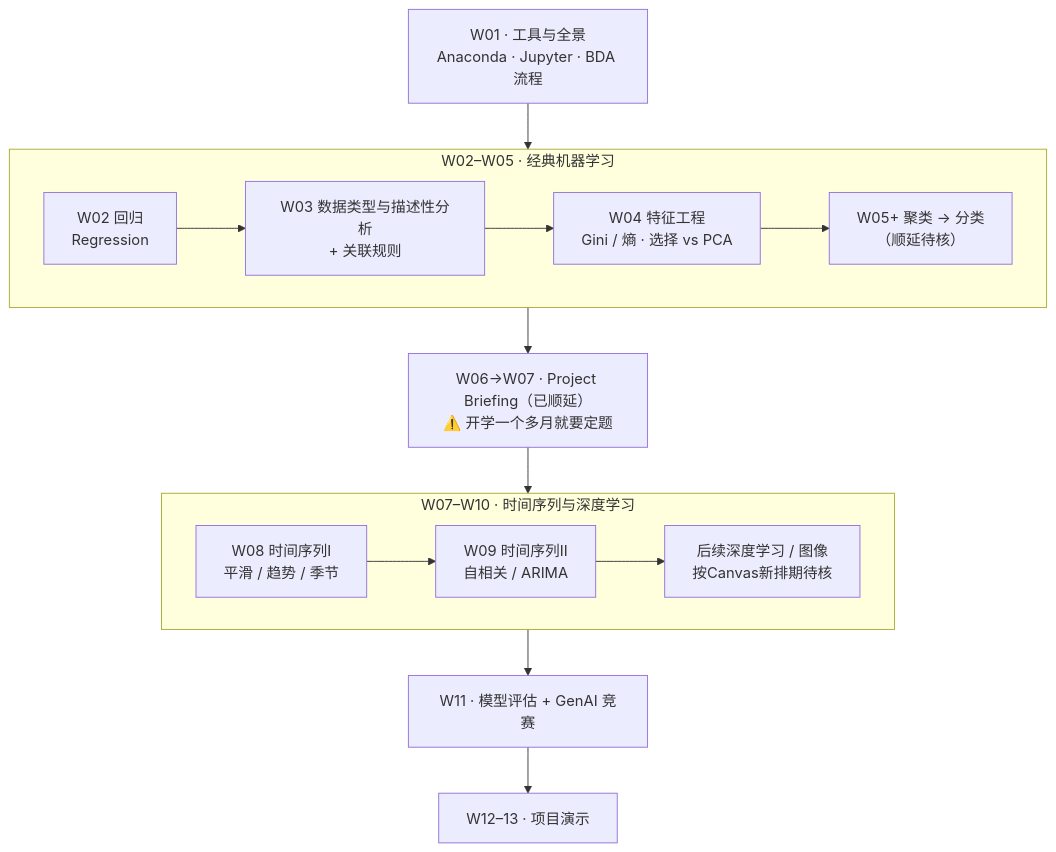
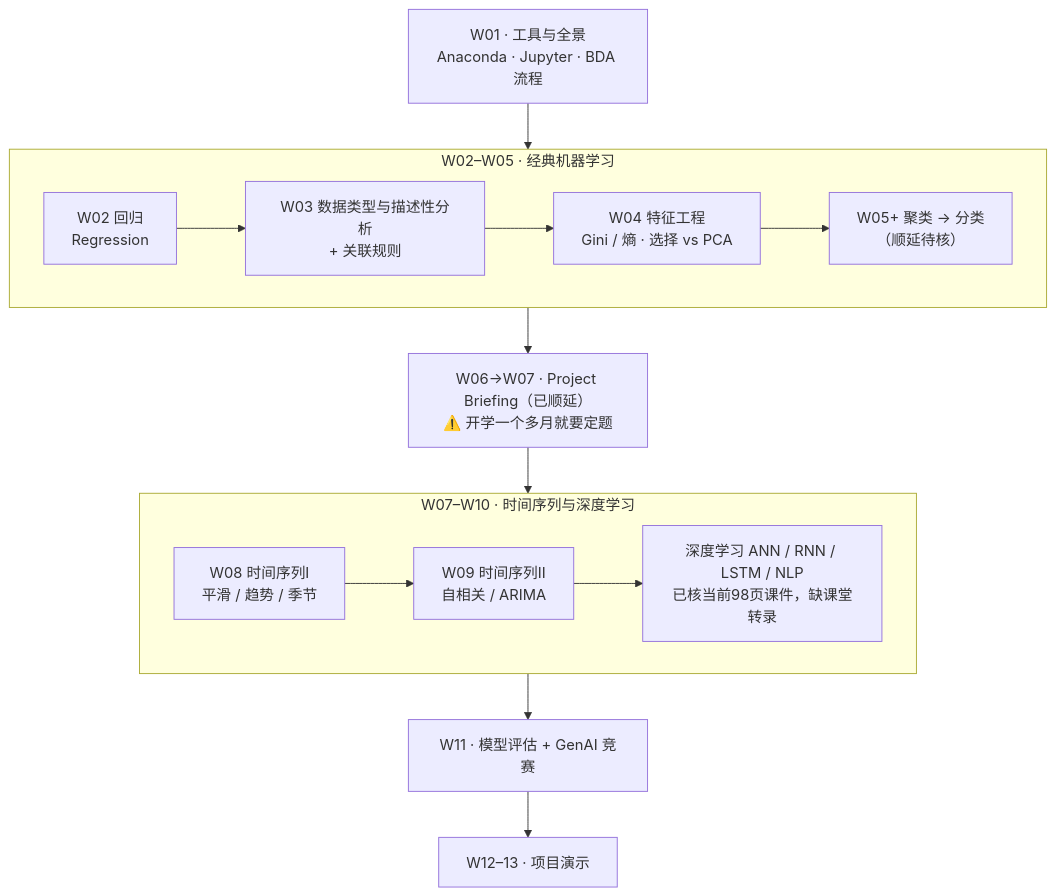
Before and after one commit to CercaTrovato/cityu-ai-course-notes: the second of 3 diagrams in IS6400_Business_Data_Analytics/00-课程总览.md, drawn with Mermaid. The commit also changed other lines of this file and 269 other files, not shown here.

````diff
--- a/IS6400_Business_Data_Analytics/00-课程总览.md
+++ b/IS6400_Business_Data_Analytics/00-课程总览.md
@@ -96,16 +98,16 @@
 ```mermaid
 flowchart TD
     W1["W01 · 工具与全景<br/>Anaconda · Jupyter · BDA 流程"] --> A
     subgraph A["W02–W05 · 经典机器学习"]
         direction LR
         A1["W02 回归<br/>Regression"] --> A2["W03 数据类型与描述性分析<br/>+ 关联规则"] --> A3["W04 特征工程<br/>Gini / 熵 · 选择 vs PCA"] --> A4["W05+ 聚类 → 分类<br/>（顺延待核）"]
     end
     A --> W6["W06→W07 · Project Briefing（已顺延）<br/>⚠️ 开学一个多月就要定题"]
     W6 --> B
     subgraph B["W07–W10 · 时间序列与深度学习"]
         direction LR
-        B1["W08 时间序列I<br/>平滑 / 趋势 / 季节"] --> B2["W09 时间序列II<br/>自相关 / ARIMA"] --> B3["后续深度学习 / 图像<br/>按Canvas新排期待核"]
+        B1["W08 时间序列I<br/>平滑 / 趋势 / 季节"] --> B2["W09 时间序列II<br/>自相关 / ARIMA"] --> B3["深度学习 ANN / RNN / LSTM / NLP<br/>已核当前98页课件，缺课堂转录"]
     end
     B --> W11["W11 · 模型评估 + GenAI 竞赛"]
     W11 --> W12["W12–13 · 项目演示"]
 ```
````
